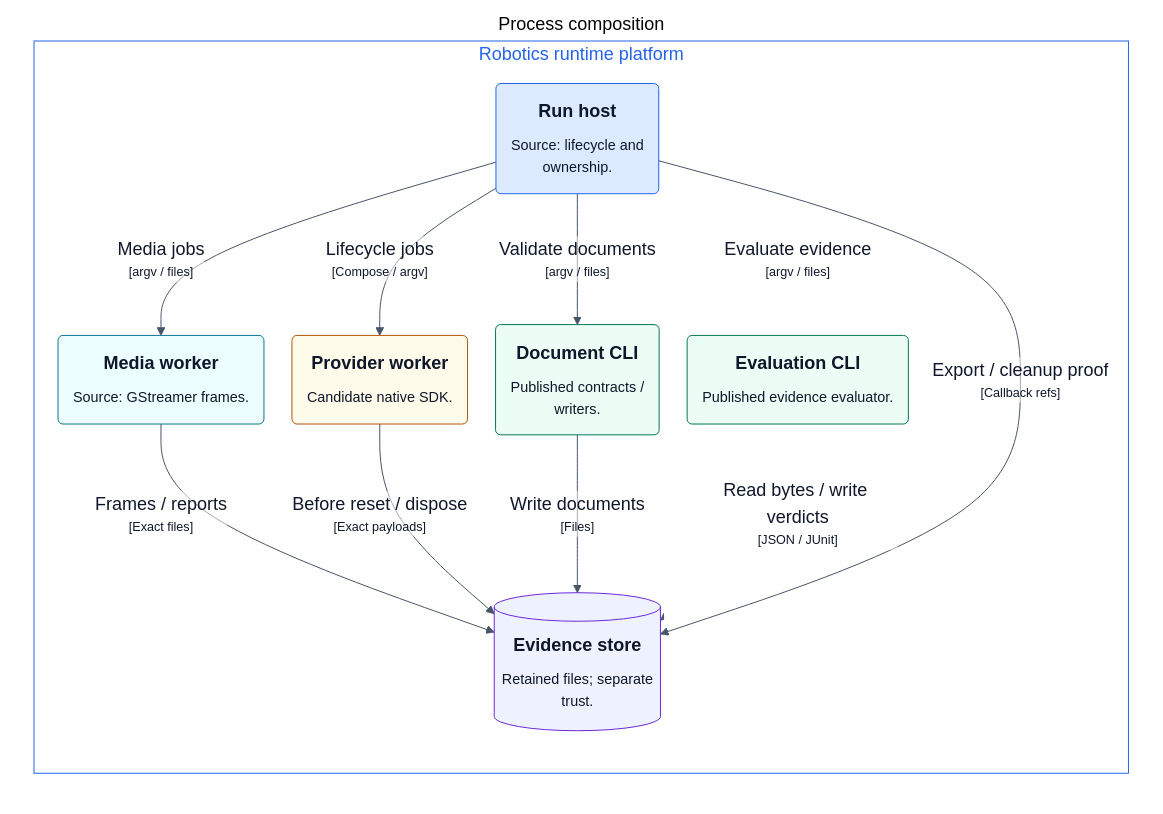
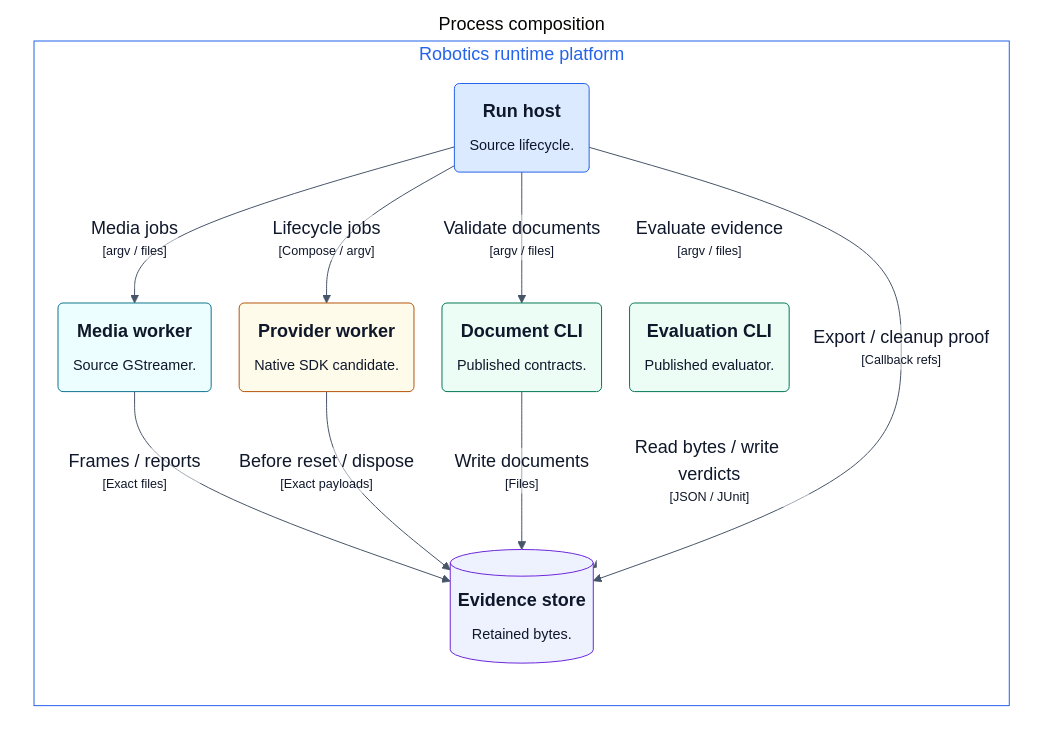
One commit to mmkolpakov/robotics-runtime changed the first of 2 diagrams in README.md. Above: the diagram before and after it, drawn with Mermaid. The commit also changed 10 other files, not shown here.

Commit message:
Shorten scope labels in architecture entry views

````diff
--- a/README.md
+++ b/README.md
@@ -53,37 +53,37 @@
 ```mermaid
 %%{init: {"theme":"base","themeVariables":{"fontFamily":"Arial, Segoe UI, sans-serif","fontSize":"18px","primaryTextColor":"#0f172a","lineColor":"#475569","edgeLabelBackground":"#ffffff","clusterBkg":"#f8fafc","clusterBorder":"#94a3b8","primaryColor":"#eff6ff","primaryBorderColor":"#64748b","secondaryColor":"#f1f5f9","tertiaryColor":"#f8fafc","noteBkgColor":"#fff7ed","noteBorderColor":"#b45309","noteTextColor":"#0f172a"},"flowchart":{"curve":"basis","htmlLabels":true,"nodeSpacing":28,"rankSpacing":35,"useMaxWidth":false},"sequence":{"useMaxWidth":false,"actorMargin":35,"width":165,"wrap":true,"noteMargin":10},"state":{"useMaxWidth":false}}}%%
 graph LR
   linkStyle default fill:#ffffff
 
   subgraph diagram ["Process composition"]
     style diagram fill:#ffffff,stroke:#ffffff
 
     subgraph 7 ["Robotics runtime platform"]
       style 7 fill:#ffffff,stroke:#2563eb,color:#2563eb
 
-      10("<div style='font-weight: bold'>Evaluation CLI</div><div style='font-size: 80%; margin-top:10px'>Published evidence evaluator.</div>")
+      10("<div style='font-weight: bold'>Evaluation CLI</div><div style='font-size: 80%; margin-top:10px'>Published evaluator.</div>")
       style 10 fill:#ecfdf5,stroke:#047857,color:#0f172a
-      11("<div style='font-weight: bold'>Provider worker</div><div style='font-size: 80%; margin-top:10px'>Candidate native SDK.</div>")
+      11("<div style='font-weight: bold'>Provider worker</div><div style='font-size: 80%; margin-top:10px'>Native SDK candidate.</div>")
       style 11 fill:#fffbeb,stroke:#b45309,color:#0f172a
-      12("<div style='font-weight: bold'>Media worker</div><div style='font-size: 80%; margin-top:10px'>Source: GStreamer frames.</div>")
+      12("<div style='font-weight: bold'>Media worker</div><div style='font-size: 80%; margin-top:10px'>Source GStreamer.</div>")
       style 12 fill:#ecfeff,stroke:#0e7490,color:#0f172a
-      13[("<div style='font-weight: bold'>Evidence store</div><div style='font-size: 80%; margin-top:10px'>Retained files; separate<br />trust.</div>")]
+      13[("<div style='font-weight: bold'>Evidence store</div><div style='font-size: 80%; margin-top:10px'>Retained bytes.</div>")]
       style 13 fill:#eef2ff,stroke:#6d28d9,color:#0f172a
-      8("<div style='font-weight: bold'>Run host</div><div style='font-size: 80%; margin-top:10px'>Source: lifecycle and<br />ownership.</div>")
+      8("<div style='font-weight: bold'>Run host</div><div style='font-size: 80%; margin-top:10px'>Source lifecycle.</div>")
       style 8 fill:#dbeafe,stroke:#2563eb,color:#0f172a
-      9("<div style='font-weight: bold'>Document CLI</div><div style='font-size: 80%; margin-top:10px'>Published contracts /<br />writers.</div>")
+      9("<div style='font-weight: bold'>Document CLI</div><div style='font-size: 80%; margin-top:10px'>Published contracts.</div>")
       style 9 fill:#ecfdf5,stroke:#047857,color:#0f172a
     end
 
     8-- "<div>Validate documents</div><div style='font-size: 70%'>[argv / files]</div>" -->9
     8-- "<div>Evaluate evidence</div><div style='font-size: 70%'>[argv / files]</div>" -->10
     8-- "<div>Lifecycle jobs</div><div style='font-size: 70%'>[Compose / argv]</div>" -->11
     8-- "<div>Media jobs</div><div style='font-size: 70%'>[argv / files]</div>" -->12
     12-- "<div>Frames / reports</div><div style='font-size: 70%'>[Exact files]</div>" -->13
     11-- "<div>Before reset / dispose</div><div style='font-size: 70%'>[Exact payloads]</div>" -->13
     9-- "<div>Write documents</div><div style='font-size: 70%'>[Files]</div>" -->13
     10-- "<div>Read bytes / write verdicts</div><div style='font-size: 70%'>[JSON / JUnit]</div>" -->13
     8-- "<div>Export / cleanup proof</div><div style='font-size: 70%'>[Callback refs]</div>" -->13
 
   end
 ```
````
